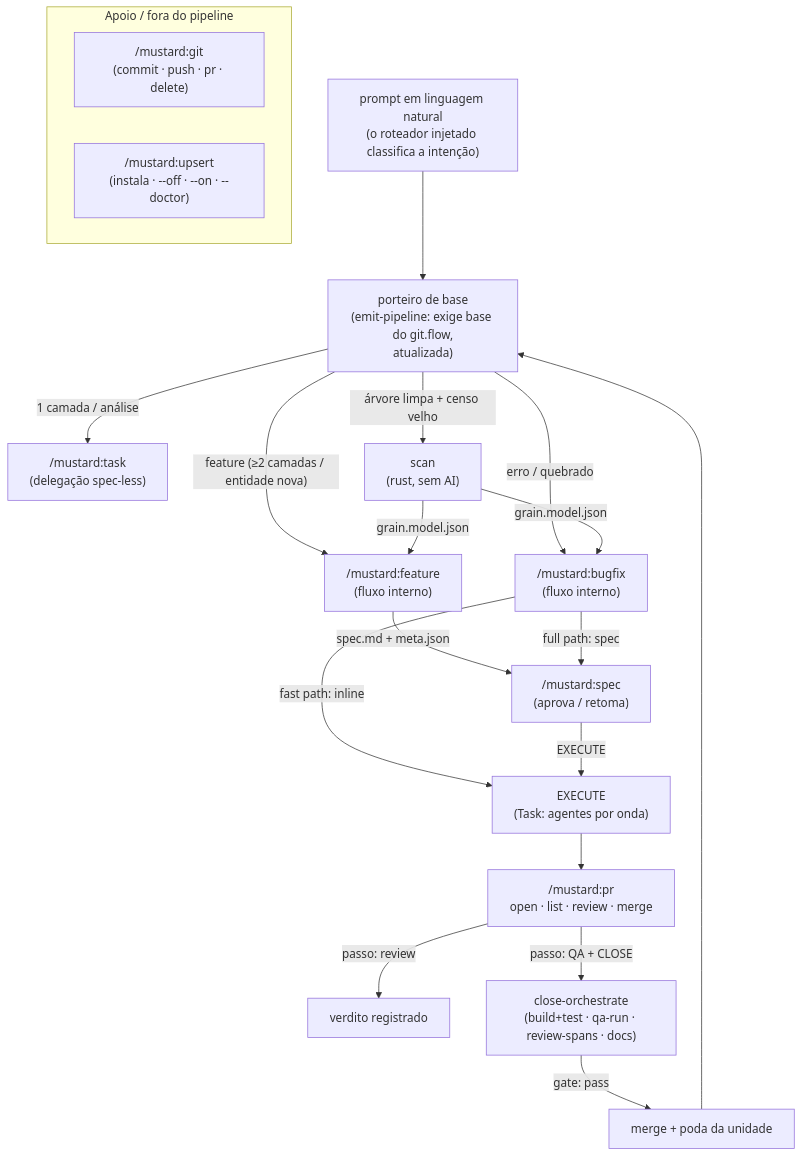
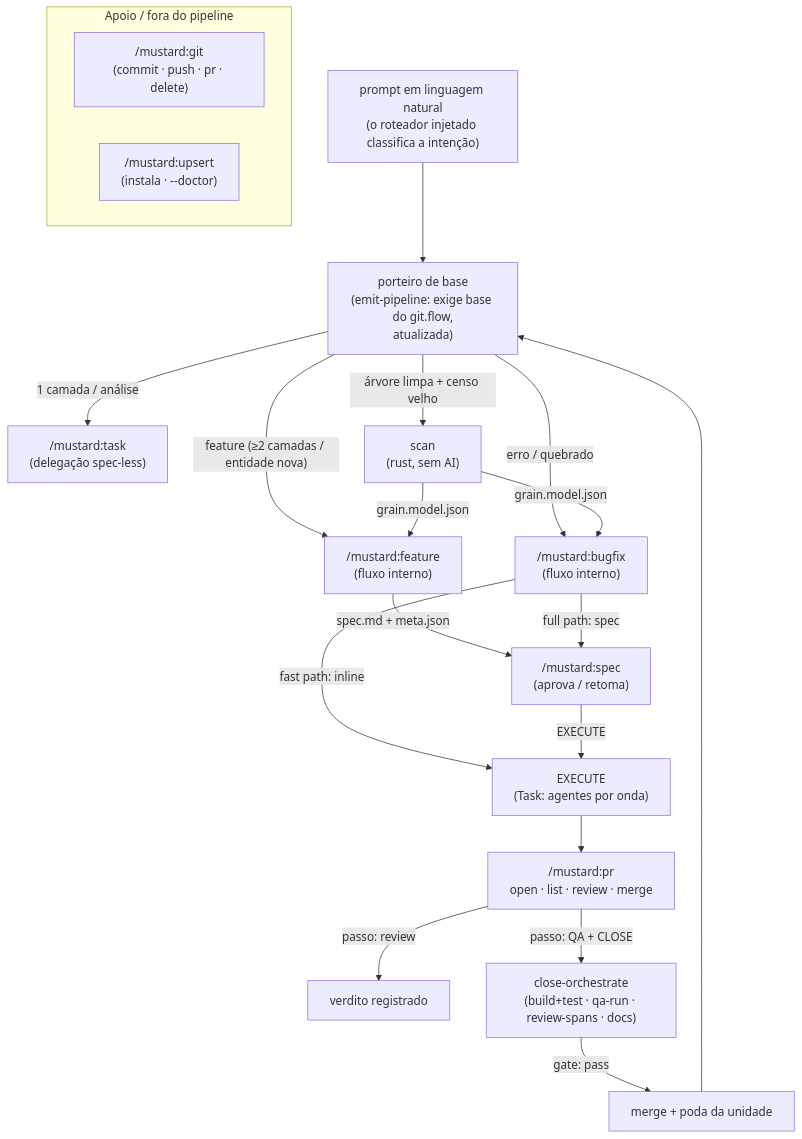
One commit to rubensrpj/mustard changed the first of 11 diagrams in MUSTARD-COMMANDS.md. Above: the diagram before and after it, drawn with Mermaid. The commit also changed other lines of this file and 17 other files, not shown here.

````diff
--- a/MUSTARD-COMMANDS.md
+++ b/MUSTARD-COMMANDS.md
@@ -25,28 +25,28 @@
 ```mermaid
 flowchart TD
     door["prompt em linguagem natural<br/>(o roteador injetado classifica a intenção)"] --> gate["porteiro de base<br/>(emit-pipeline: exige base do git.flow,<br/>atualizada)"]
     gate -->|"feature (≥2 camadas / entidade nova)"| feat["/mustard:feature<br/>(fluxo interno)"]
     gate -->|"erro / quebrado"| bug["/mustard:bugfix<br/>(fluxo interno)"]
     gate -->|"1 camada / análise"| task["/mustard:task<br/>(delegação spec-less)"]
 
     gate -->|"árvore limpa + censo velho"| scan["scan<br/>(rust, sem AI)"]
     scan -->|grain.model.json| feat
     scan -->|grain.model.json| bug
 
     feat -->|spec.md + meta.json| spec["/mustard:spec<br/>(aprova / retoma)"]
     bug -->|"fast path: inline"| exec
     bug -->|"full path: spec"| spec
 
     spec -->|EXECUTE| exec["EXECUTE<br/>(Task: agentes por onda)"]
     exec --> pr["/mustard:pr<br/>open · list · review · merge"]
     pr -->|"passo: review"| rev["verdito registrado"]
     pr -->|"passo: QA + CLOSE"| gates["close-orchestrate<br/>(build+test · qa-run · review-spans · docs)"]
     gates -->|"gate: pass"| merge["merge + poda da unidade"]
 
     merge --> gate
 
     subgraph apoio["Apoio / fora do pipeline"]
         git["/mustard:git<br/>(commit · push · pr · delete)"]
-        upsert["/mustard:upsert<br/>(instala · --off · --on · --doctor)"]
+        upsert["/mustard:upsert<br/>(instala · --doctor)"]
     end
 ```
````
